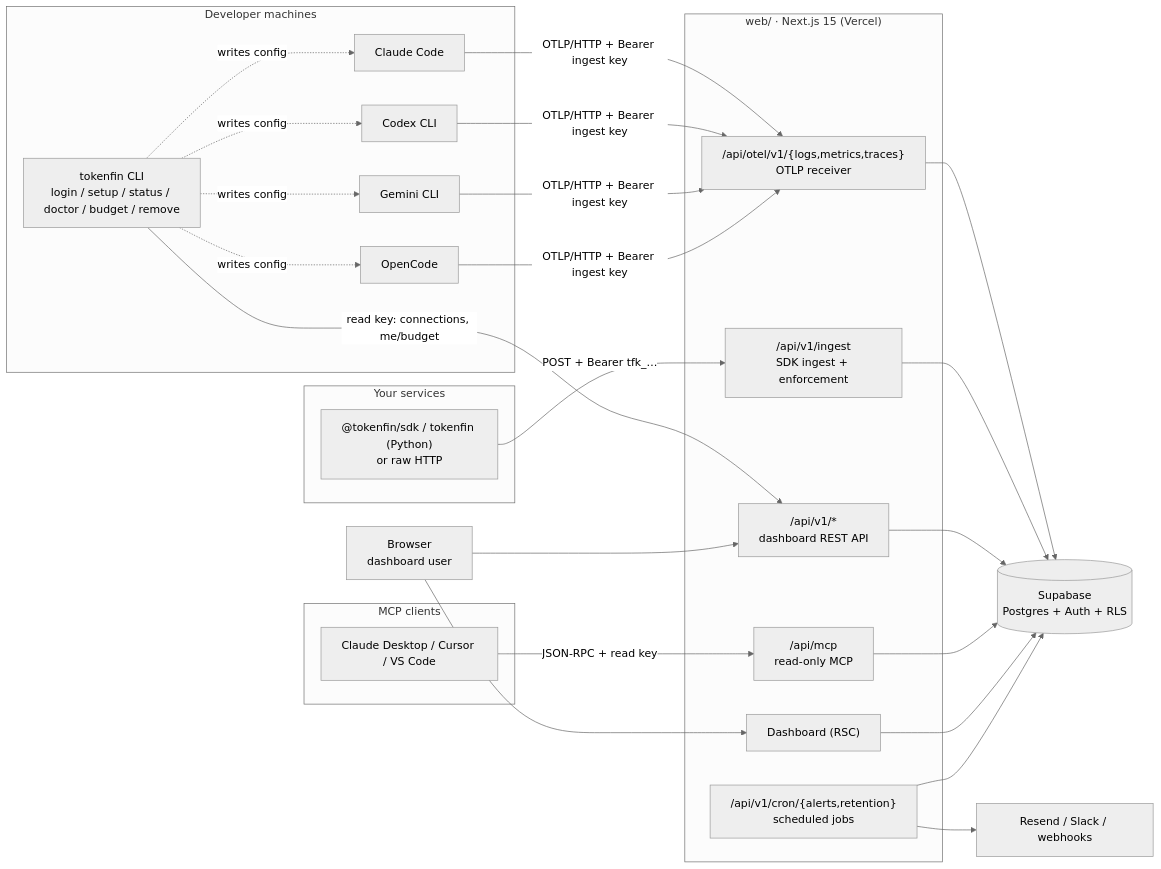
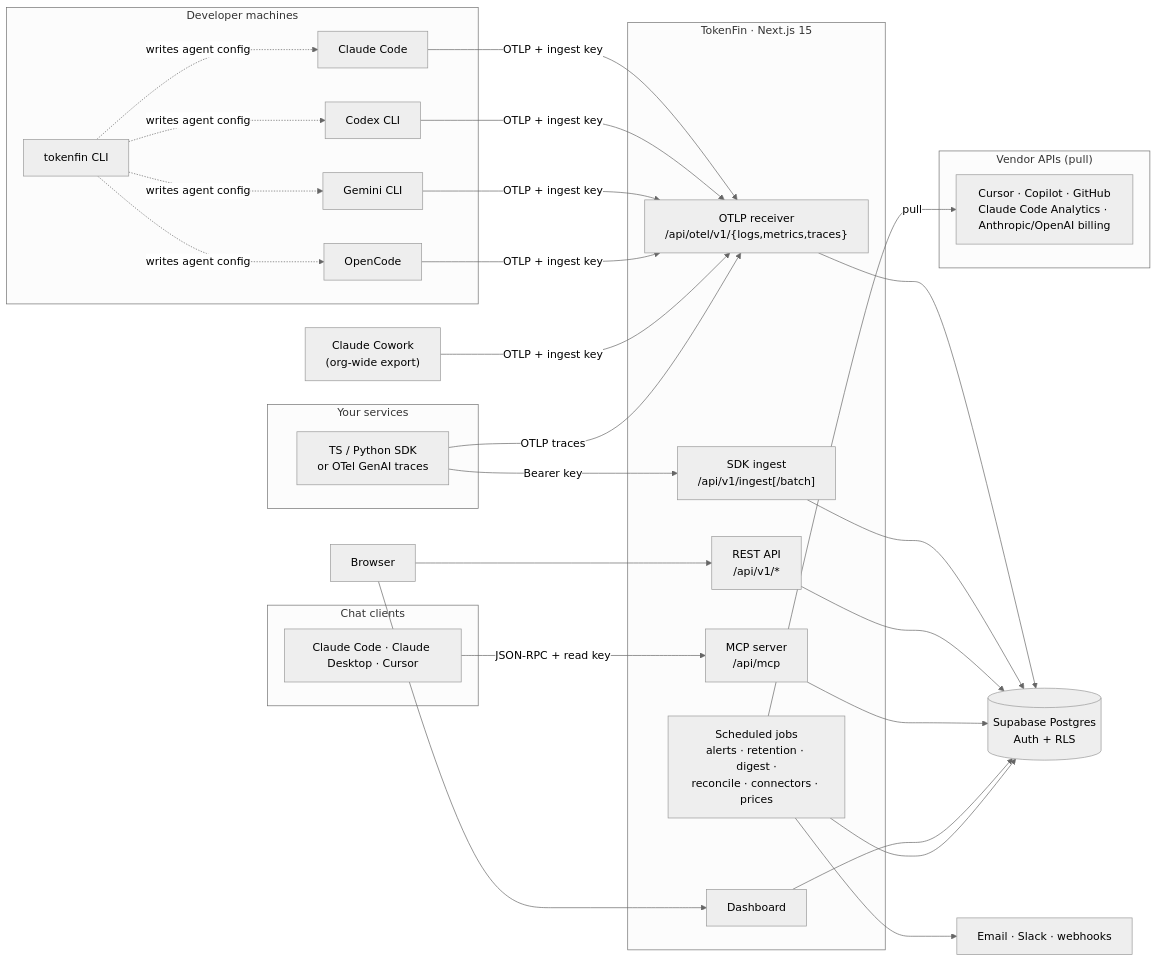
The first of 3 diagrams in README.md (pankajneema/tokenfin), drawn with Mermaid (neutral theme) before and after one commit. The commit also changed other lines of this file and 12 other files, not shown here.

First line of the commit message:
README rewrite, Claude Cowork capture, OpenCode token-count fix

````diff
--- a/README.md
+++ b/README.md
@@ -92,48 +189,47 @@
 ```mermaid
 flowchart LR
     subgraph Dev["Developer machines"]
         CC["Claude Code"]
         CX["Codex CLI"]
         GM["Gemini CLI"]
         OC["OpenCode"]
-        CLI["tokenfin CLI<br/>login / setup / status / doctor / budget / remove"]
+        CLI["tokenfin CLI"]
+    end
+    CW["Claude Cowork<br/>(org-wide export)"]
+
+    subgraph Apps["Your services"]
+        SDK["TS / Python SDK<br/>or OTel GenAI traces"]
     end
 
-    subgraph Apps["Your services"]
-        SDK["@tokenfin/sdk / tokenfin (Python)<br/>or raw HTTP"]
+    subgraph Vendors["Vendor APIs (pull)"]
+        VEN["Cursor · Copilot · GitHub<br/>Claude Code Analytics · Anthropic/OpenAI billing"]
     end
 
-    subgraph Chat["MCP clients"]
-        MC["Claude Desktop / Cursor / VS Code"]
+    subgraph Chat["Chat clients"]
+        MC["Claude Code · Claude Desktop · Cursor"]
     end
 
-    Browser["Browser<br/>dashboard user"]
+    Browser["Browser"]
 
-    subgraph Web["web/ · Next.js 15 (Vercel)"]
-        OTLP["/api/otel/v1/{logs,metrics,traces}<br/>OTLP receiver"]
-        ING["/api/v1/ingest<br/>SDK ingest + enforcement"]
-        REST["/api/v1/*<br/>dashboard REST API"]
-        MCP["/api/mcp<br/>read-only MCP"]
-        CRON["/api/v1/cron/{alerts,retention}<br/>scheduled jobs"]
-        UI["Dashboard (RSC)"]
+    subgraph Web["TokenFin · Next.js 15"]
+        OTLP["OTLP receiver<br/>/api/otel/v1/{logs,metrics,traces}"]
+        ING["SDK ingest<br/>/api/v1/ingest[/batch]"]
+        REST["REST API<br/>/api/v1/*"]
+        MCP["MCP server<br/>/api/mcp"]
+        CRON["Scheduled jobs<br/>alerts · retention · digest ·<br/>reconcile · connectors · prices"]
+        UI["Dashboard"]
     end
 
-    DB[("Supabase<br/>Postgres + Auth + RLS")]
-    Mail["Resend / Slack / webhooks"]
+    DB[("Supabase Postgres<br/>Auth + RLS")]
+    OUT["Email · Slack · webhooks"]
 
-    CLI -. writes config .-> CC & CX & GM & OC
-    CC & CX & GM & OC -- "OTLP/HTTP + Bearer ingest key" --> OTLP
-    SDK -- "POST + Bearer tfk_…" --> ING
+    CLI -. writes agent config .-> CC & CX & GM & OC
+    CC & CX & GM & OC & CW -- "OTLP + ingest key" --> OTLP
+    SDK -- "Bearer key" --> ING
+    SDK -- "OTLP traces" --> OTLP
     MC -- "JSON-RPC + read key" --> MCP
-    CLI -- "read key: connections, me/budget" --> REST
-    Browser --> UI
-    Browser --> REST
-
-    OTLP --> DB
-    ING --> DB
-    REST --> DB
-    MCP --> DB
-    UI --> DB
-    CRON --> DB
-    CRON --> Mail
+    Browser --> UI & REST
+    CRON -- pull --> VEN
+    OTLP & ING & REST & MCP & UI & CRON --> DB
+    CRON --> OUT
 ```
````
